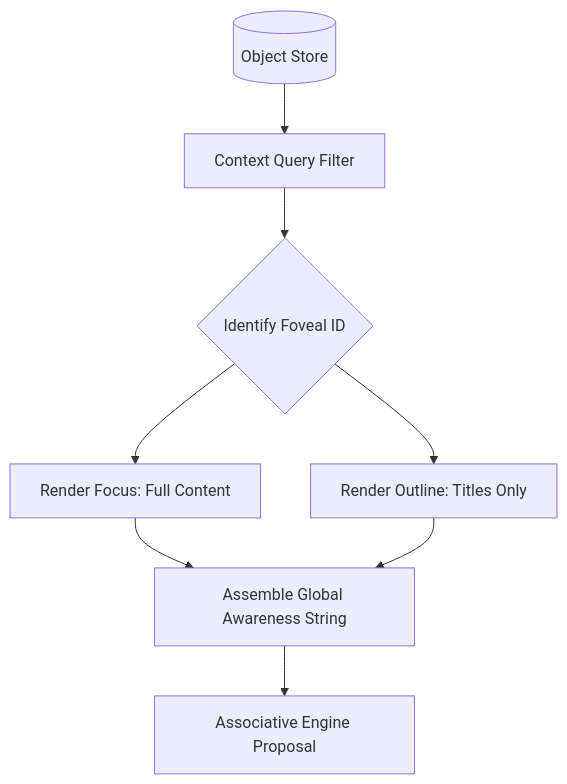
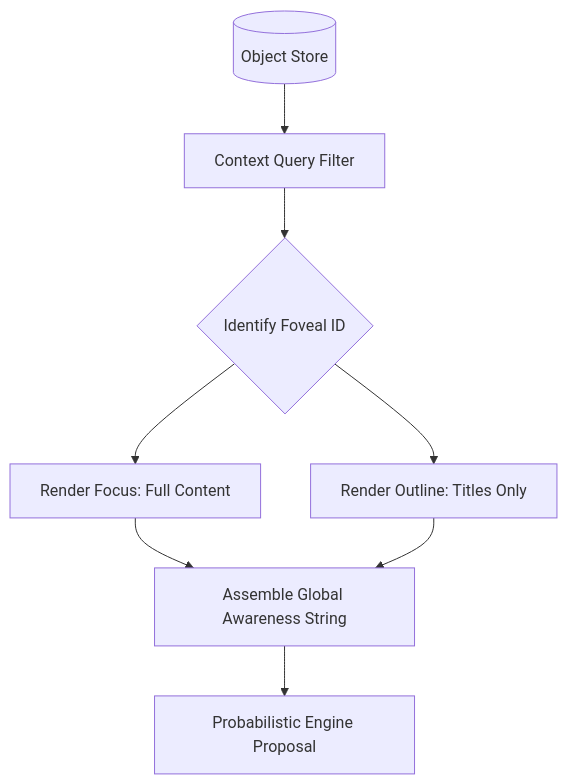
The diagram in literate/context.org (amrgharbeia/opencortex), drawn with Mermaid before and after one commit. The commit also changed other lines of this file and 51 other files, not shown here.

Commit message:
REFACTOR: Explanatory Core Architecture & Terminology Alignment

```diff
--- a/literate/context.org
+++ b/literate/context.org
@@ -23,10 +23,10 @@
 #+begin_src mermaid
 flowchart TD
     Store[(Object Store)] --> Filter[Context Query Filter]
     Filter --> Identification{Identify Foveal ID}
     Identification --> Foveal[Render Focus: Full Content]
     Identification --> Peripheral[Render Outline: Titles Only]
     Foveal --> Assembly[Assemble Global Awareness String]
     Peripheral --> Assembly
-    Assembly --> LLM[Associative Engine Proposal]
+    Assembly --> LLM[Probabilistic Engine Proposal]
 #+end_src
```
